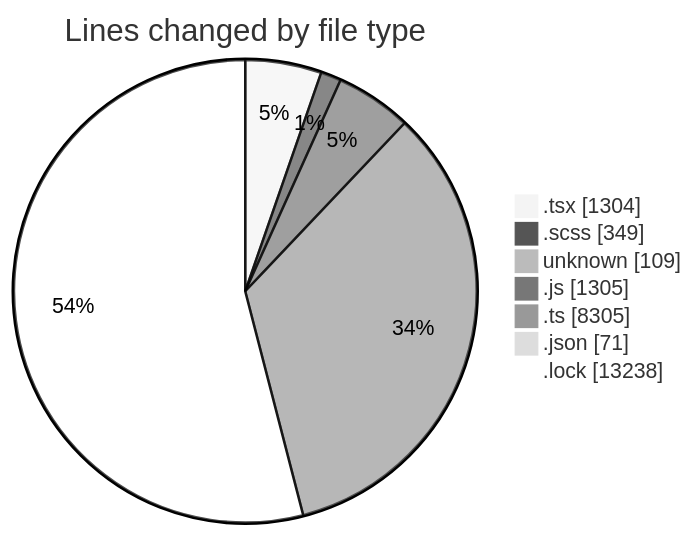
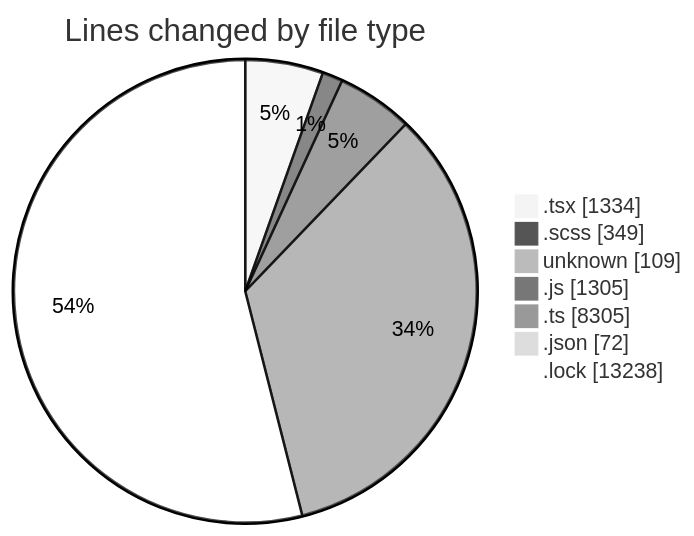
Before and after one commit to momahboobian/code-tracking: the first of 2 diagrams in 2026-04-16/cda/README.md, drawn with Mermaid (neutral theme). The commit also changed other lines of this file and 1 other file, not shown here.

````diff
--- a/2026-04-16/cda/README.md
+++ b/2026-04-16/cda/README.md
@@ -40,11 +40,11 @@
 ```mermaid
 pie showData
 title Lines changed by file type
-".tsx" : 1304
+".tsx" : 1334
 ".scss" : 349
 "unknown" : 109
 ".js" : 1305
 ".ts" : 8305
-".json" : 71
+".json" : 72
 ".lock" : 13238
 ```
````
